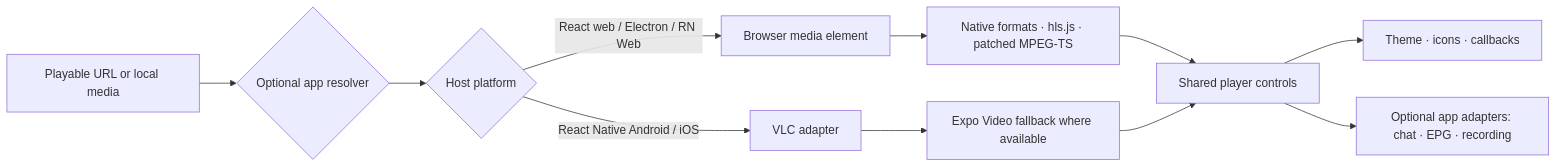
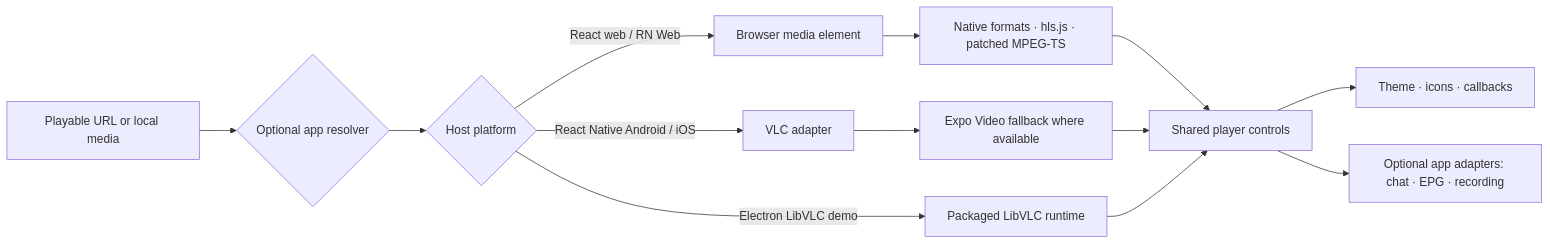
Before and after one commit to nahushr/cinecrew-player: the diagram in README.md, drawn with Mermaid. The commit also changed other lines of this file and 34 other files, not shown here.

Commit message:
feat(demos): add LibVLC Electron target

````diff
--- a/README.md
+++ b/README.md
@@ -43,13 +67,15 @@
 ```mermaid
 flowchart LR
   A[Playable URL or local media] --> B{Optional app resolver}
   B --> C{Host platform}
-  C -->|React web / Electron / RN Web| D[Browser media element]
+  C -->|React web / RN Web| D[Browser media element]
   D --> E[Native formats · hls.js · patched MPEG-TS]
   C -->|React Native Android / iOS| F[VLC adapter]
   F --> G[Expo Video fallback where available]
+  C -->|Electron LibVLC demo| K[Packaged LibVLC runtime]
   E --> H[Shared player controls]
   G --> H
+  K --> H
   H --> I[Theme · icons · callbacks]
   H --> J[Optional app adapters: chat · EPG · recording]
 ```
````
